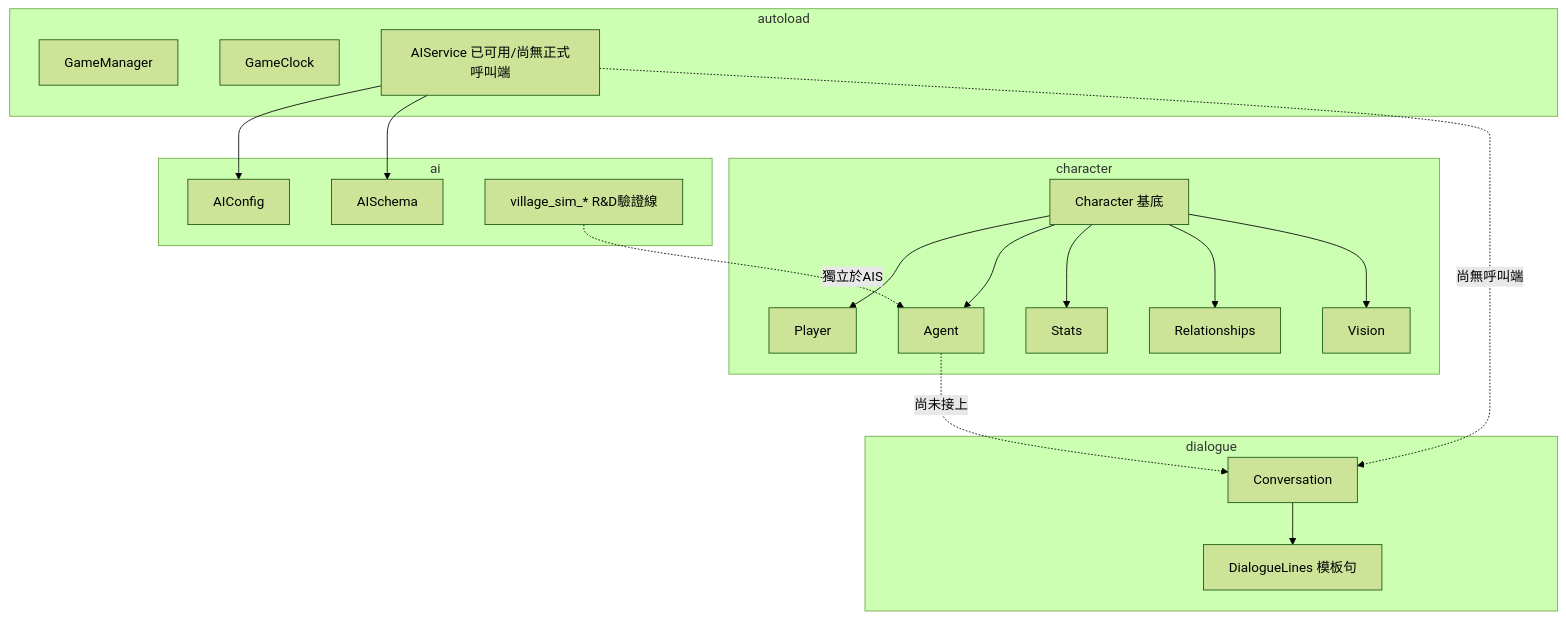
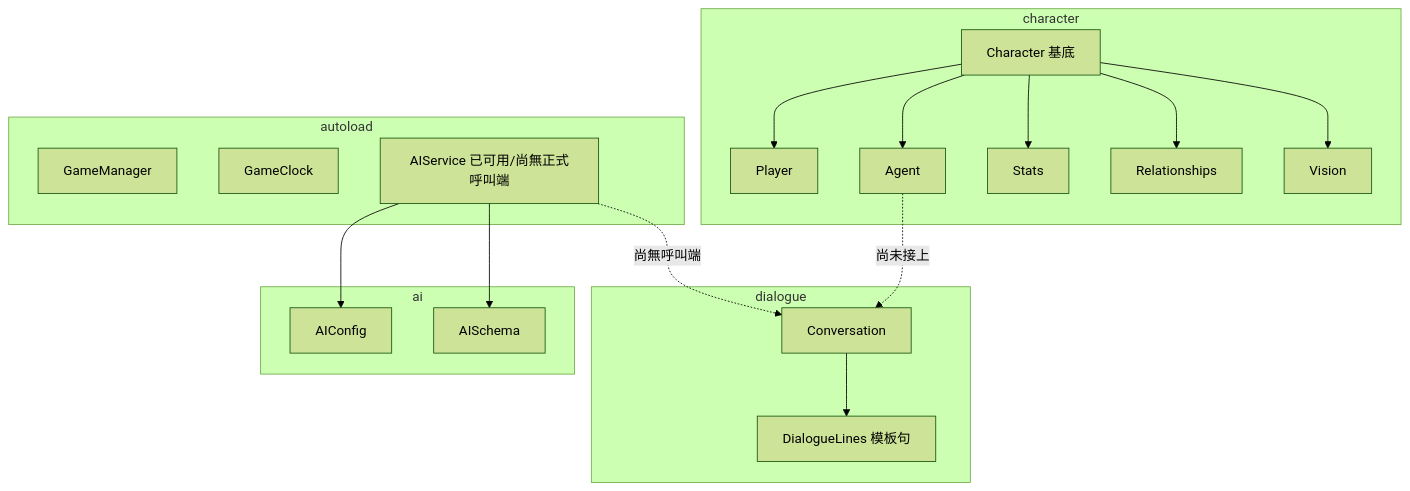
One commit to adez360/Ailley changed the fifth of 7 diagrams in note/規格書/13_系統分析與系統設計.md. Above: the diagram before and after it, drawn with Mermaid (forest theme). The commit also changed other lines of this file and 18 other files, not shown here.

First line of the commit message:
refactor: remove the poc_village_sim integration from the Godot client

````diff
--- a/note/規格書/13_系統分析與系統設計.md
+++ b/note/規格書/13_系統分析與系統設計.md
@@ -242,25 +242,24 @@
 ```mermaid
 graph TB
     subgraph autoload
         GM[GameManager]
         GC[GameClock]
         AIS[AIService 已可用/尚無正式呼叫端]
     end
     subgraph character
         Char[Character 基底] --> Player
         Char --> Agent
         Char --> Stats
         Char --> Relationships
         Char --> Vision
     end
     subgraph dialogue
         Conv[Conversation] --> DL[DialogueLines 模板句]
     end
     subgraph ai
         AIS --> AIConfig
         AIS --> AISchema
-        VS[village_sim_* R&D驗證線] -.獨立於AIS.-> Agent
     end
     Agent -.尚未接上.-> Conv
     AIS -.尚無呼叫端.-> Conv
 ```
````
